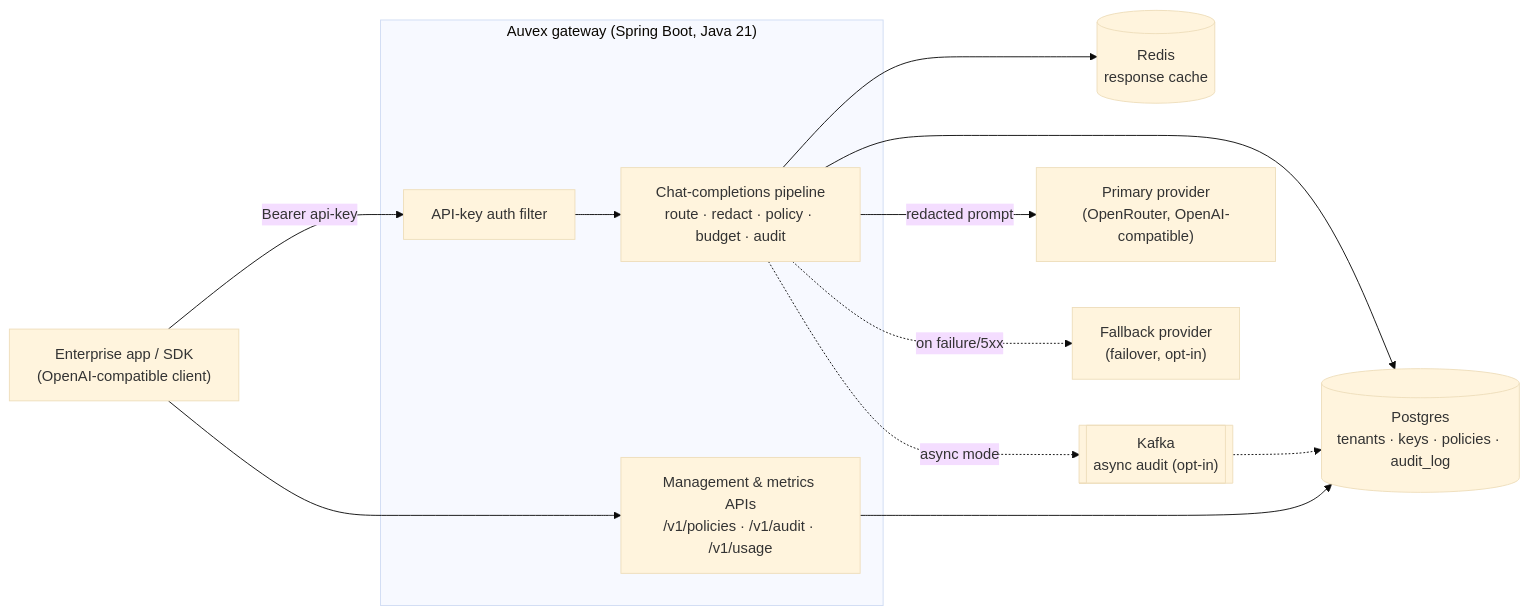
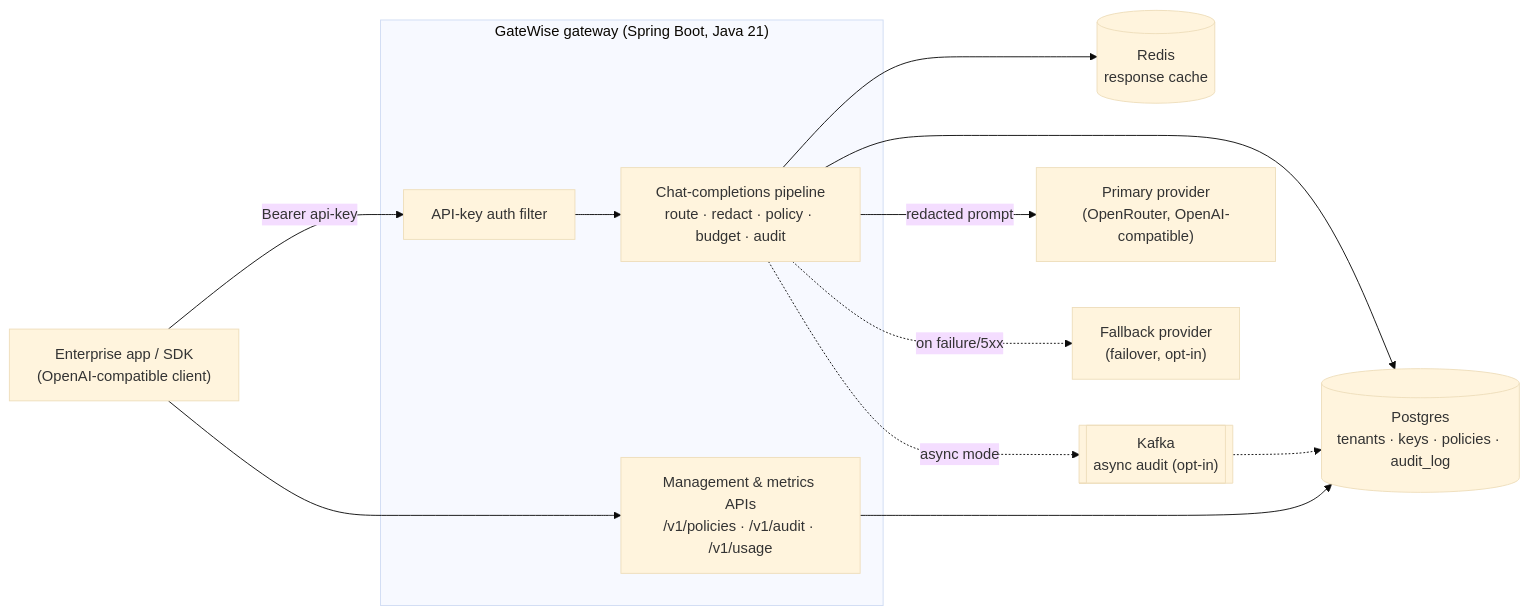
The first of 7 diagrams in docs/ARCHITECTURE.md (gauthambinoy/gatewise), drawn with Mermaid (base theme) before and after one commit. The commit also changed other lines of this file and 54 other files, not shown here.

First line of the commit message:
refactor(brand): rename infra, deploy assets and docs to GateWise

````diff
--- a/docs/ARCHITECTURE.md
+++ b/docs/ARCHITECTURE.md
@@ -18,23 +18,23 @@
 ```mermaid
 flowchart LR
     app["Enterprise app / SDK<br/>(OpenAI-compatible client)"]
-    subgraph gw["Auvex gateway (Spring Boot, Java 21)"]
+    subgraph gw["GateWise gateway (Spring Boot, Java 21)"]
       filter["API-key auth filter"]
       pipe["Chat-completions pipeline<br/>route · redact · policy · budget · audit"]
       mgmt["Management & metrics APIs<br/>/v1/policies · /v1/audit · /v1/usage"]
     end
     pg[("Postgres<br/>tenants · keys · policies · audit_log")]
     redis[("Redis<br/>response cache")]
     kafka[["Kafka<br/>async audit (opt-in)"]]
     primary["Primary provider<br/>(OpenRouter, OpenAI-compatible)"]
     fallback["Fallback provider<br/>(failover, opt-in)"]
 
     app -->|"Bearer api-key"| filter --> pipe
     app --> mgmt
     pipe -->|"redacted prompt"| primary
     pipe -. "on failure/5xx" .-> fallback
     pipe --> redis
     pipe --> pg
     pipe -. "async mode" .-> kafka -.-> pg
     mgmt --> pg
 ```
````
